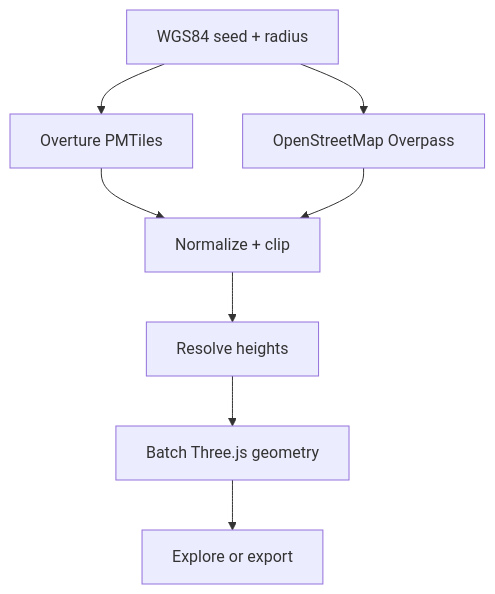
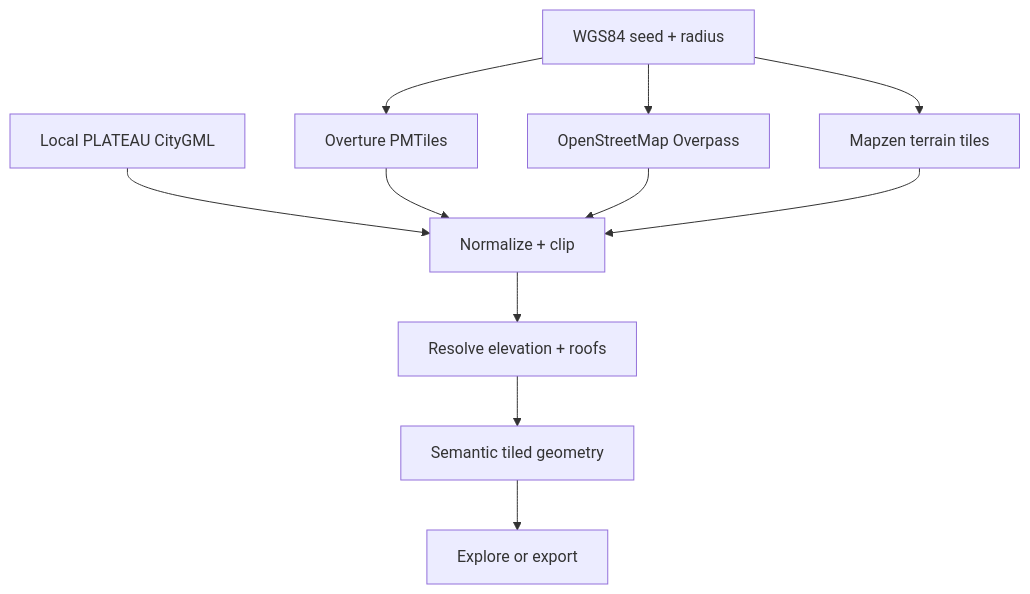
Before and after one commit to yz4git/next-gen: the diagram in README.md, drawn with Mermaid. The commit also changed other lines of this file and 36 other files, not shown here.

Commit message:
feat: add WorldSeed v0.6 roadmap

````diff
--- a/README.md
+++ b/README.md
@@ -55,10 +62,13 @@
 ```mermaid
 flowchart TD
   A["WGS84 seed + radius"] --> B["Overture PMTiles"]
   A --> C["OpenStreetMap Overpass"]
+  A --> T["Mapzen terrain tiles"]
+  P["Local PLATEAU CityGML"] --> D["Normalize + clip"]
   B --> D["Normalize + clip"]
   C --> D
-  D --> E["Resolve heights"]
-  E --> F["Batch Three.js geometry"]
+  T --> D
+  D --> E["Resolve elevation + roofs"]
+  E --> F["Semantic tiled geometry"]
   F --> G["Explore or export"]
 ```
````
